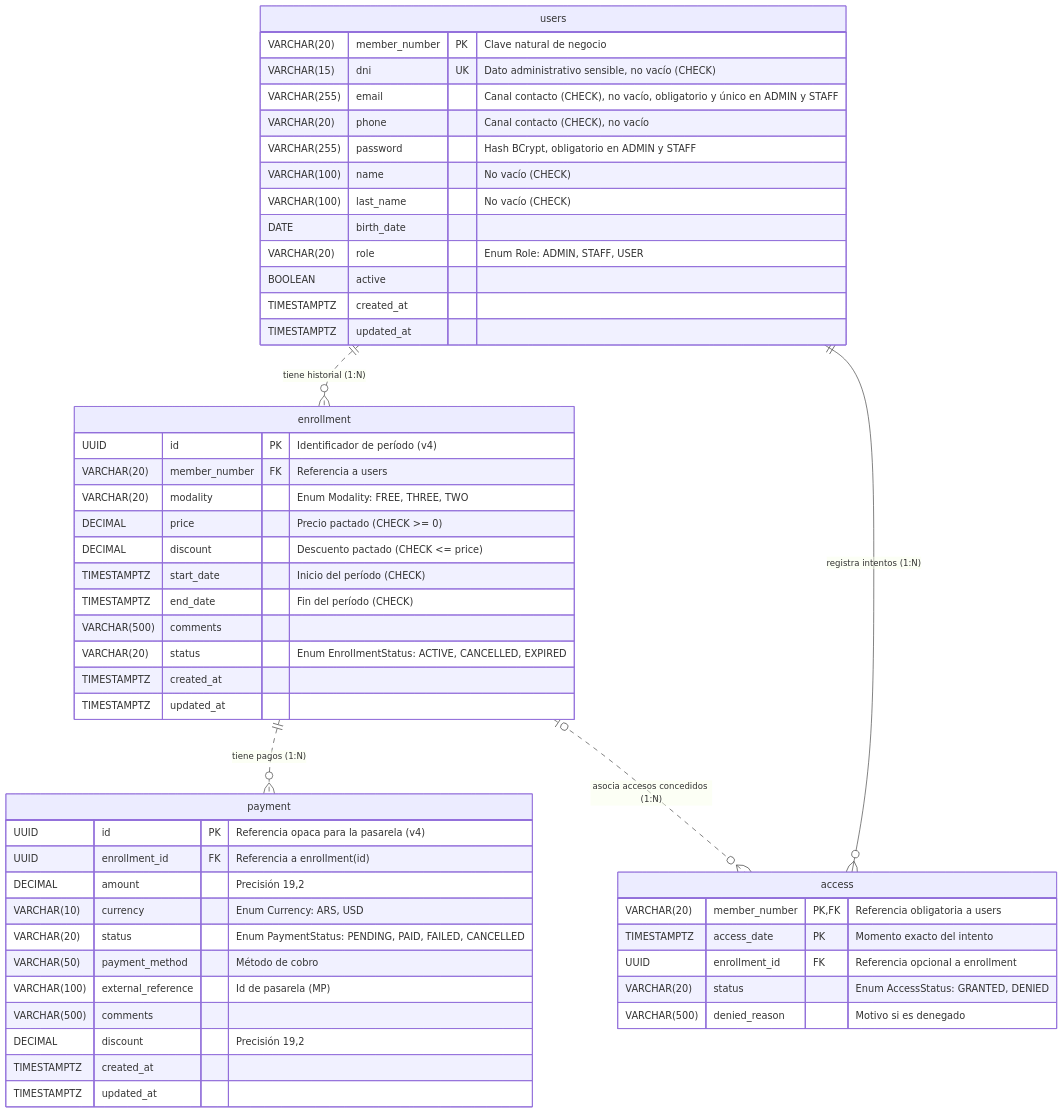
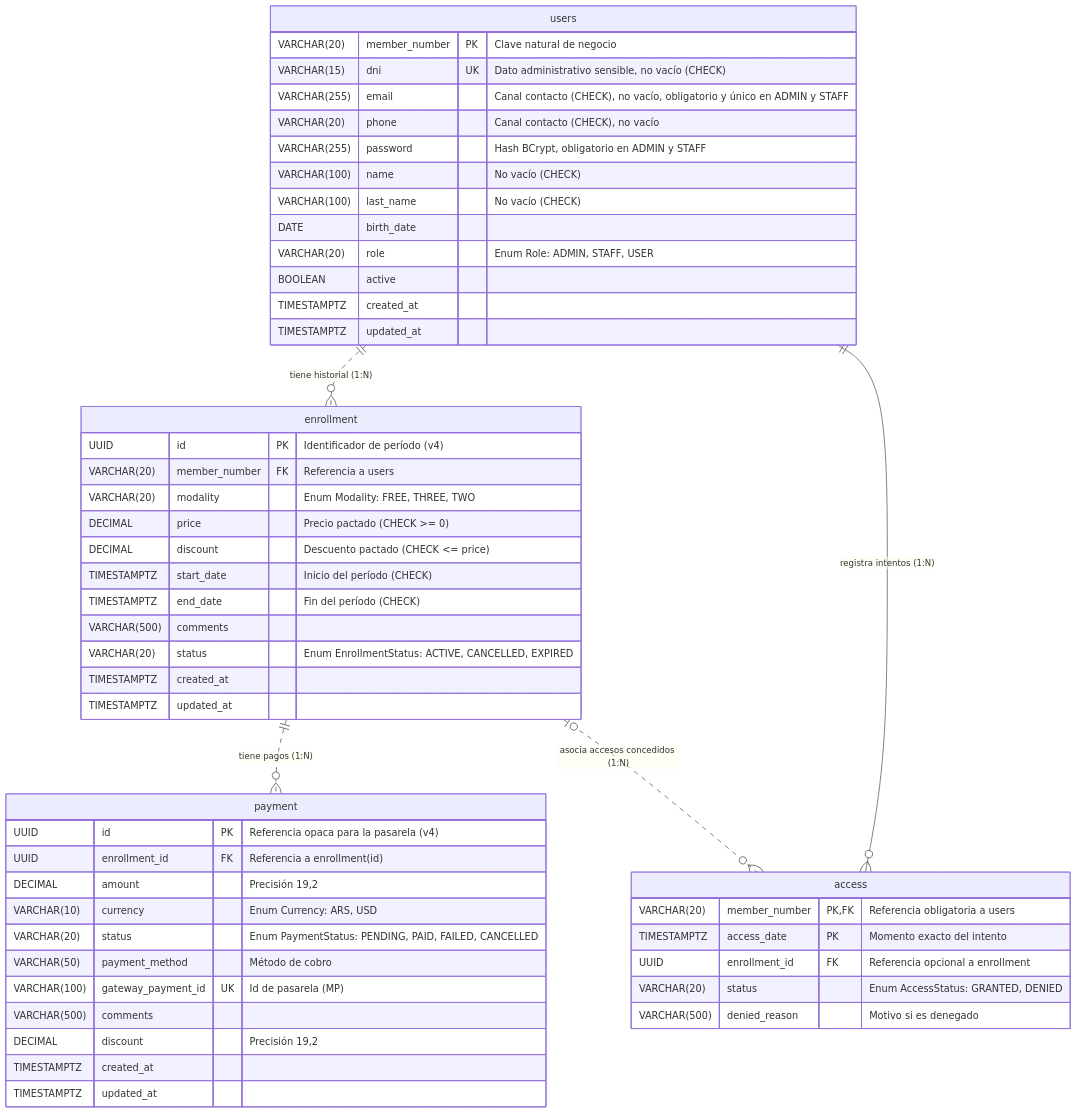
Before and after one commit to santiagovOK/TFI_grupo144: the diagram in docs/entidades.md, drawn with Mermaid. The commit also changed other lines of this file and 4 other files, not shown here.

Commit message:
refactor(schema): harden business constraints and sync documentation

````diff
--- a/docs/entidades.md
+++ b/docs/entidades.md
@@ -7,54 +7,54 @@
 ```mermaid
 erDiagram
     users {
         VARCHAR(20) member_number PK "Clave natural de negocio"
         VARCHAR(15) dni UK "Dato administrativo sensible, no vacío (CHECK)"
         VARCHAR(255) email "Canal contacto (CHECK), no vacío, obligatorio y único en ADMIN y STAFF"
         VARCHAR(20) phone "Canal contacto (CHECK), no vacío"
         VARCHAR(255) password "Hash BCrypt, obligatorio en ADMIN y STAFF"
         VARCHAR(100) name "No vacío (CHECK)"
         VARCHAR(100) last_name "No vacío (CHECK)"
         DATE birth_date
         VARCHAR(20) role "Enum Role: ADMIN, STAFF, USER"
         BOOLEAN active
         TIMESTAMPTZ created_at
         TIMESTAMPTZ updated_at
     }
     enrollment {
         UUID id PK "Identificador de período (v4)"
         VARCHAR(20) member_number FK "Referencia a users"
         VARCHAR(20) modality "Enum Modality: FREE, THREE, TWO"
         DECIMAL price "Precio pactado (CHECK >= 0)"
         DECIMAL discount "Descuento pactado (CHECK <= price)"
         TIMESTAMPTZ start_date "Inicio del período (CHECK)"
         TIMESTAMPTZ end_date "Fin del período (CHECK)"
         VARCHAR(500) comments
         VARCHAR(20) status "Enum EnrollmentStatus: ACTIVE, CANCELLED, EXPIRED"
         TIMESTAMPTZ created_at
         TIMESTAMPTZ updated_at
     }
     payment {
         UUID id PK "Referencia opaca para la pasarela (v4)"
         UUID enrollment_id FK "Referencia a enrollment(id)"
         DECIMAL amount "Precisión 19,2"
         VARCHAR(10) currency "Enum Currency: ARS, USD"
         VARCHAR(20) status "Enum PaymentStatus: PENDING, PAID, FAILED, CANCELLED"
         VARCHAR(50) payment_method "Método de cobro"
-        VARCHAR(100) external_reference "Id de pasarela (MP)"
+        VARCHAR(100) gateway_payment_id UK "Id de pasarela (MP)"
         VARCHAR(500) comments
         DECIMAL discount "Precisión 19,2"
         TIMESTAMPTZ created_at
         TIMESTAMPTZ updated_at
     }
     access {
         VARCHAR(20) member_number PK,FK "Referencia obligatoria a users"
         TIMESTAMPTZ access_date PK "Momento exacto del intento"
         UUID enrollment_id FK "Referencia opcional a enrollment"
         VARCHAR(20) status "Enum AccessStatus: GRANTED, DENIED"
         VARCHAR(500) denied_reason "Motivo si es denegado"
     }
     users ||..o{ enrollment : "tiene historial (1:N)"
     users ||--o{ access : "registra intentos (1:N)"
     enrollment ||..o{ payment : "tiene pagos (1:N)"
     enrollment |o..o{ access : "asocia accesos concedidos (1:N)"
 ```
````
